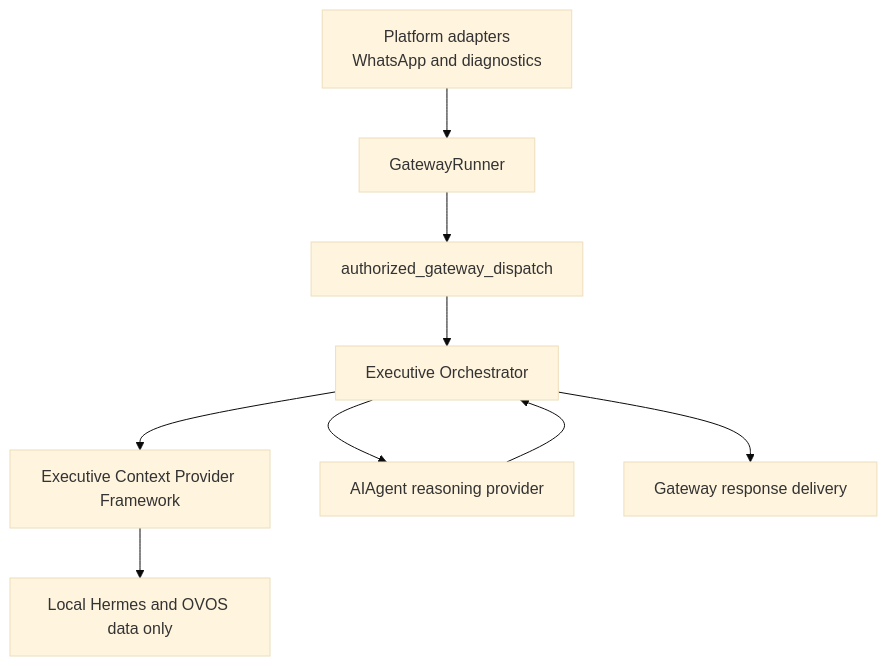
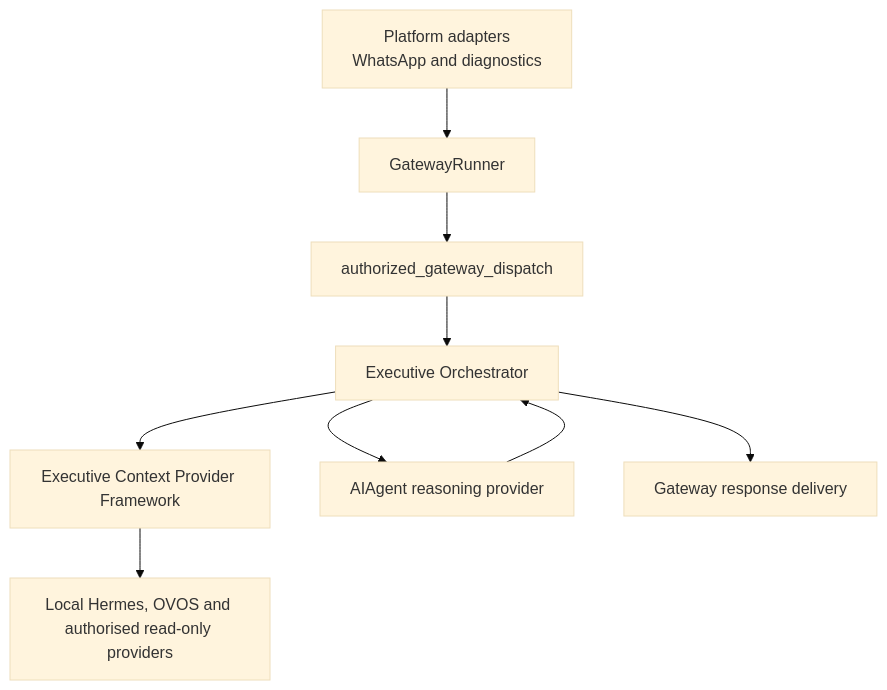
One commit to nitinteck/hermes-agent changed the diagram in docs/architecture/HERMES-LAYERED-ARCHITECTURE-v1.md. Above: the diagram before and after it, drawn with Mermaid (base theme). The commit also changed other lines of this file and 12 other files, not shown here.

Commit message:
feat: add read-only Google Calendar context provider

````diff
--- a/docs/architecture/HERMES-LAYERED-ARCHITECTURE-v1.md
+++ b/docs/architecture/HERMES-LAYERED-ARCHITECTURE-v1.md
@@ -11,11 +11,11 @@
 ```mermaid
 flowchart TD
   A["Platform adapters<br/>WhatsApp and diagnostics"] --> B["GatewayRunner"]
   B --> C["authorized_gateway_dispatch"]
   C --> D["Executive Orchestrator"]
   D --> E["Executive Context Provider Framework"]
-  E --> F["Local Hermes and OVOS data only"]
+  E --> F["Local Hermes, OVOS and authorised read-only providers"]
   D --> G["AIAgent reasoning provider"]
   G --> D
   D --> H["Gateway response delivery"]
 ```
````
